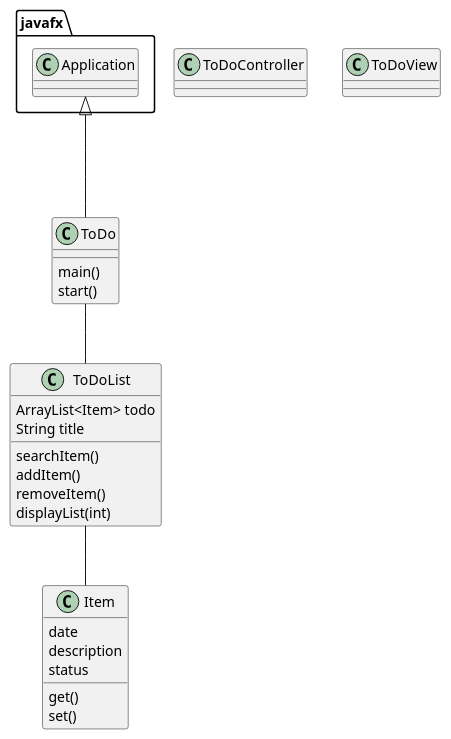
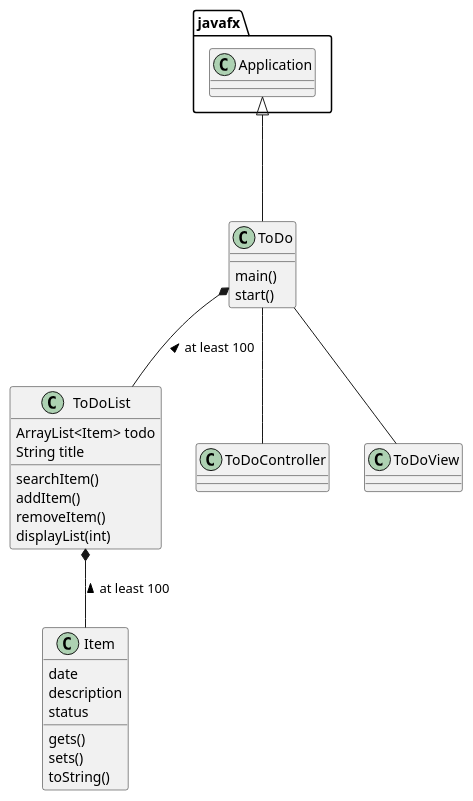
Before and after one commit to arkaik2k01/nobrega-cop3330-assignment4: the diagram in uml/classDiagram.puml, drawn with PlantUML. The commit also changed 2 other files, not shown here.

```diff
--- a/uml/classDiagram.puml
+++ b/uml/classDiagram.puml
@@ -1,38 +1,41 @@
 @startuml
 'https://plantuml.com/class-diagram
 
 class Item {
     date
     description
     status
 
-    get()
-    set()
+    gets()
+    sets()
+    toString()
 }
 
 class ToDoList {
     ArrayList<Item> todo
     String title
 
     searchItem()
     addItem()
     removeItem()
     displayList(int)
 }
 
 class ToDo {
     main()
     start()
 }
 
 class ToDoController {
 }
 
 class ToDoView {
 }
 
-ToDo--ToDoList
-ToDoList--Item
+ToDo--ToDoView
+ToDo--ToDoController
+ToDo*--ToDoList : at least 100 <
+ToDoList*--Item : at least 100 <
 javafx.Application<|---ToDo
 
 @enduml
```
